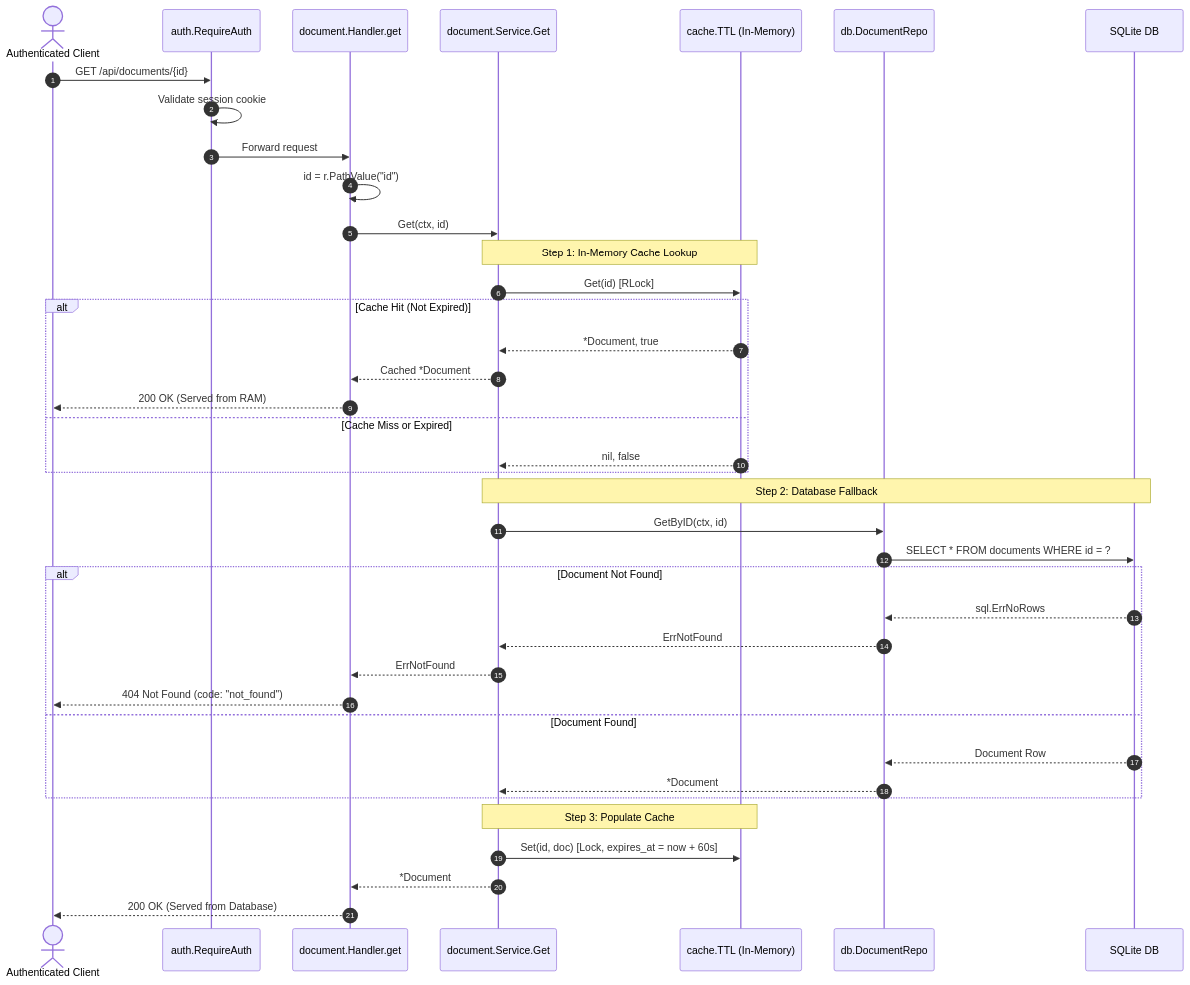
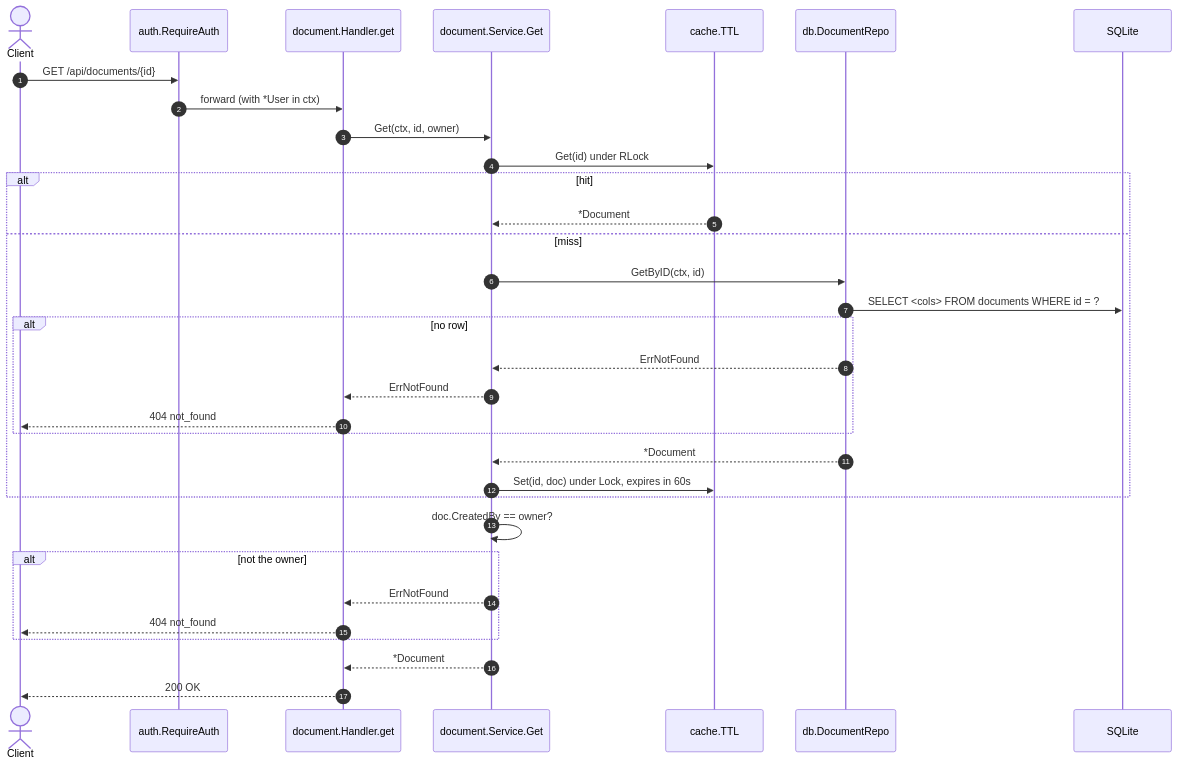
Before and after one commit to nhhthong/godocs: the diagram in resources/flow/document_get.md, drawn with Mermaid. The commit also changed other lines of this file and 28 other files, not shown here.

````diff
--- a/resources/flow/document_get.md
+++ b/resources/flow/document_get.md
@@ -43,46 +42,38 @@
 ```mermaid
 sequenceDiagram
     autonumber
-    actor Client as Authenticated Client
-    participant Auth as auth.RequireAuth
-    participant Handler as document.Handler.get
-    participant Svc as document.Service.Get
-    participant Cache as cache.TTL (In-Memory)
-    participant Repo as db.DocumentRepo
-    participant DB as SQLite DB
+    actor Client
+    participant MW as auth.RequireAuth
+    participant H as document.Handler.get
+    participant S as document.Service.Get
+    participant C as cache.TTL
+    participant R as db.DocumentRepo
+    participant DB as SQLite
 
-    Client->>Auth: GET /api/documents/{id}
-    Auth->>Auth: Validate session cookie
-    Auth->>Handler: Forward request
+    Client->>MW: GET /api/documents/{id}
+    MW->>H: forward (with *User in ctx)
+    H->>S: Get(ctx, id, owner)
 
-    Handler->>Handler: id = r.PathValue("id")
-    Handler->>Svc: Get(ctx, id)
-
-    Note over Svc,Cache: Step 1: In-Memory Cache Lookup
-    Svc->>Cache: Get(id) [RLock]
-    alt Cache Hit (Not Expired)
-        Cache-->>Svc: *Document, true
-        Svc-->>Handler: Cached *Document
-        Handler-->>Client: 200 OK (Served from RAM)
-    else Cache Miss or Expired
-        Cache-->>Svc: nil, false
+    S->>C: Get(id) under RLock
+    alt hit
+        C-->>S: *Document
+    else miss
+        S->>R: GetByID(ctx, id)
+        R->>DB: SELECT <cols> FROM documents WHERE id = ?
+        alt no row
+            R-->>S: ErrNotFound
+            S-->>H: ErrNotFound
+            H-->>Client: 404 not_found
+        end
+        R-->>S: *Document
+        S->>C: Set(id, doc) under Lock, expires in 60s
     end
 
-    Note over Svc,DB: Step 2: Database Fallback
-    Svc->>Repo: GetByID(ctx, id)
-    Repo->>DB: SELECT * FROM documents WHERE id = ?
-    alt Document Not Found
-        DB-->>Repo: sql.ErrNoRows
-        Repo-->>Svc: ErrNotFound
-        Svc-->>Handler: ErrNotFound
-        Handler-->>Client: 404 Not Found (code: "not_found")
-    else Document Found
-        DB-->>Repo: Document Row
-        Repo-->>Svc: *Document
+    S->>S: doc.CreatedBy == owner?
+    alt not the owner
+        S-->>H: ErrNotFound
+        H-->>Client: 404 not_found
     end
-
-    Note over Svc,Cache: Step 3: Populate Cache
-    Svc->>Cache: Set(id, doc) [Lock, expires_at = now + 60s]
-    Svc-->>Handler: *Document
-    Handler-->>Client: 200 OK (Served from Database)
+    S-->>H: *Document
+    H-->>Client: 200 OK
 ```
````
